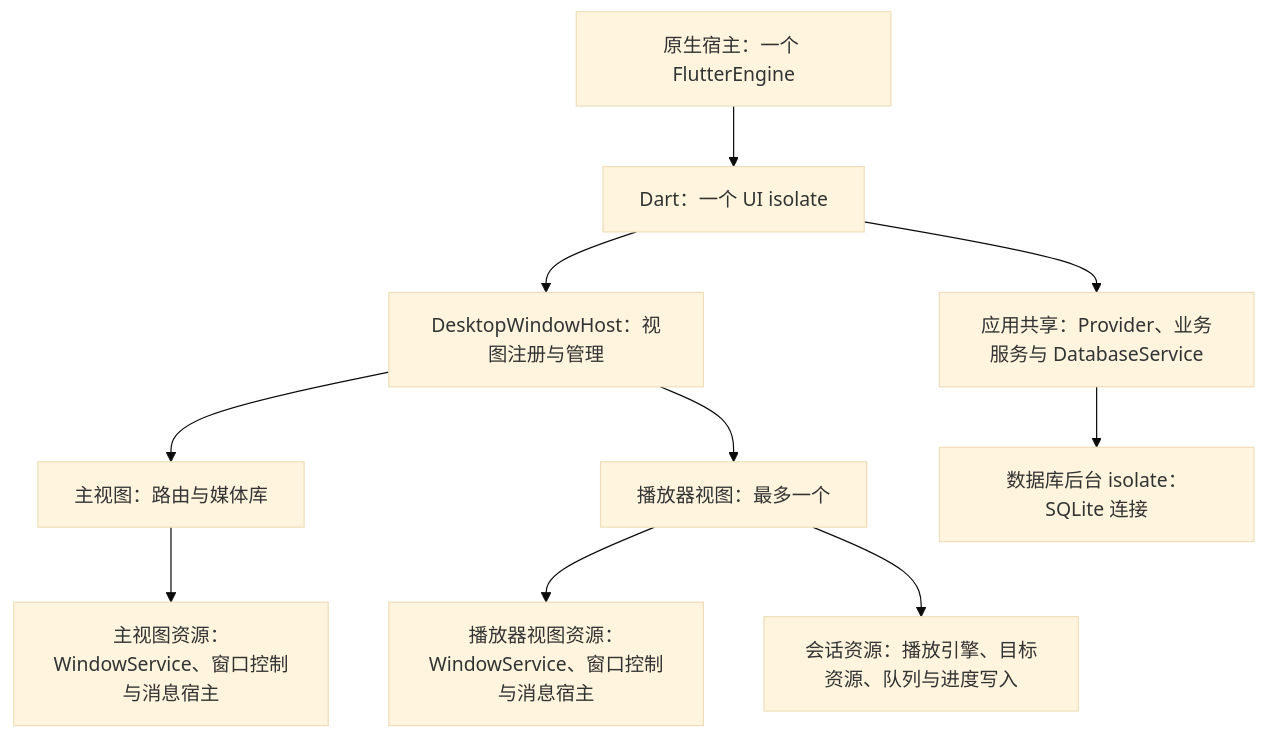
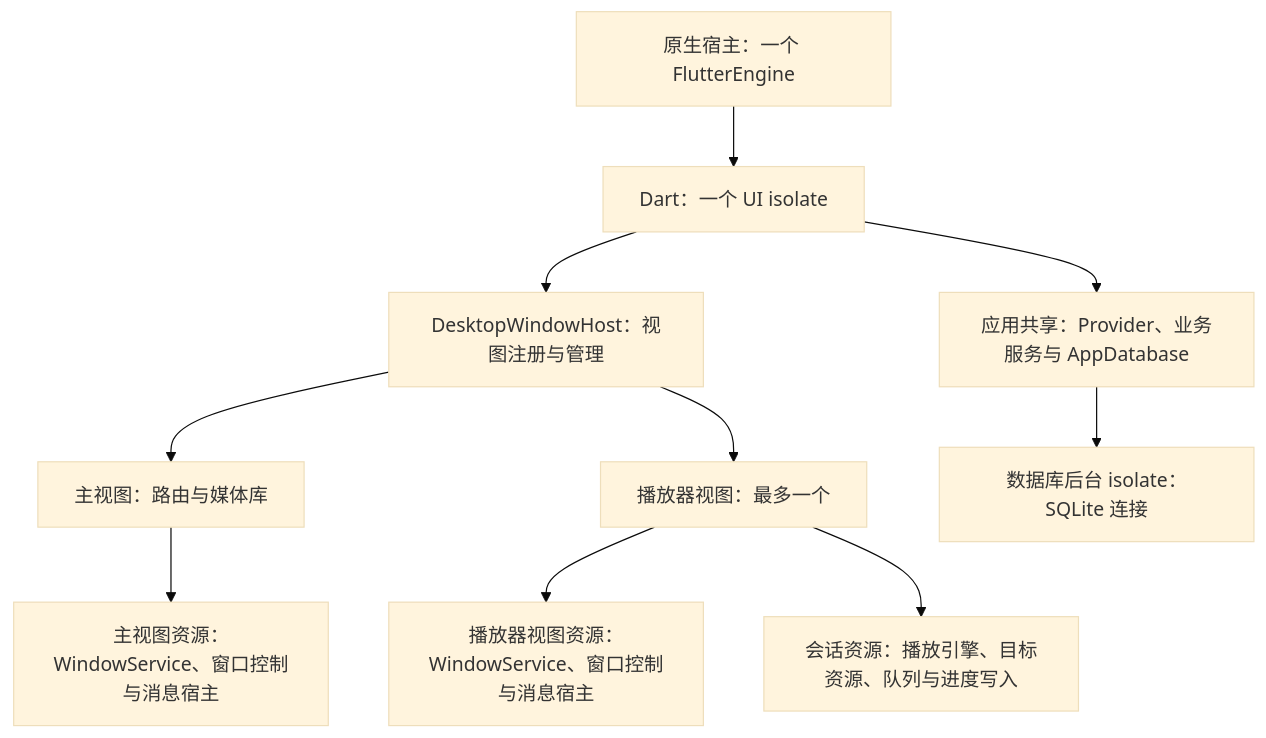
Before and after one commit to sen-to/mochi_player: the third of 3 diagrams in docs/architecture/overview.md, drawn with Mermaid (base theme). The commit also changed other lines of this file and 493 other files, not shown here.

````diff
--- a/docs/architecture/overview.md
+++ b/docs/architecture/overview.md
@@ -102,12 +102,12 @@
 ```mermaid
 flowchart TB
   Native["原生宿主：一个 FlutterEngine"] --> Runtime["Dart：一个 UI isolate"]
-  Runtime --> Shared["应用共享：Provider、业务服务与 DatabaseService"]
+  Runtime --> Shared["应用共享：Provider、业务服务与 AppDatabase"]
   Runtime --> Views["DesktopWindowHost：视图注册与管理"]
   Views --> Library["主视图：路由与媒体库"]
   Views --> Player["播放器视图：最多一个"]
   Shared --> DB["数据库后台 isolate：SQLite 连接"]
   Library --> LW["主视图资源：WindowService、窗口控制与消息宿主"]
   Player --> PW["播放器视图资源：WindowService、窗口控制与消息宿主"]
   Player --> Resource["会话资源：播放引擎、目标资源、队列与进度写入"]
 ```
````
